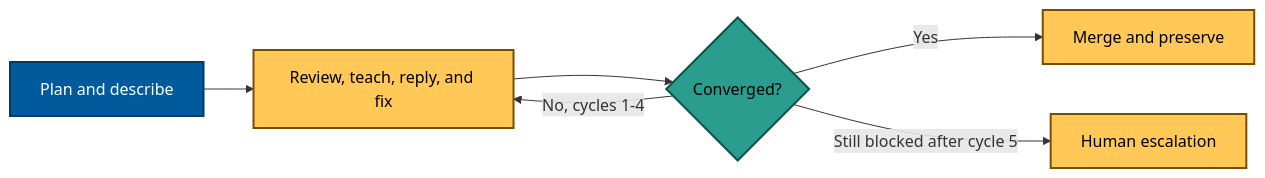
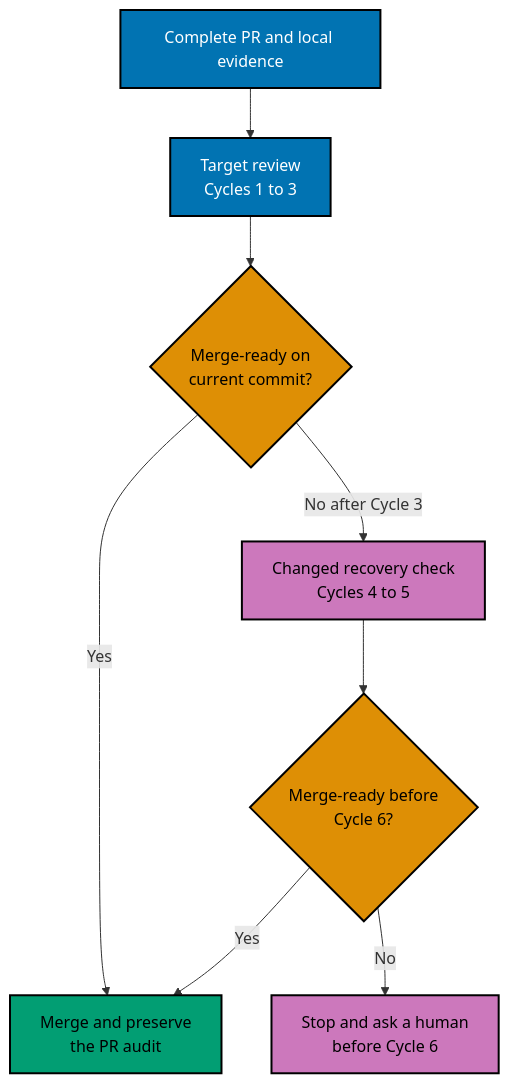
The first of 3 diagrams in plans/in-progress/optimize-pr-process/tech-docs.md (wahidyankf/open-sharia-fintech), drawn with Mermaid before and after one commit. The commit also changed other lines of this file and 3 other files, not shown here.

````diff
--- a/plans/in-progress/optimize-pr-process/tech-docs.md
+++ b/plans/in-progress/optimize-pr-process/tech-docs.md
@@ -11,14 +17,17 @@
 ```mermaid
-flowchart LR
-    P[Plan and describe] --> R[Review, teach, reply, and fix]
-    R --> G{Converged?}
-    G -->|Yes| M[Merge and preserve]
-    G -->|No, cycles 1-4| R
-    G -->|Still blocked after cycle 5| H[Human escalation]
-    classDef source fill:#005A9C,color:#FFFFFF,stroke:#003B66,stroke-width:2px
-    classDef step fill:#FFC857,color:#000000,stroke:#7A4E00,stroke-width:2px
-    classDef decision fill:#2A9D8F,color:#000000,stroke:#0B5345,stroke-width:2px
-    class P source
-    class R,M,H step
-    class G decision
+%% Color Palette: Blue #0173B2, Orange #DE8F05, Teal #029E73, Purple #CC78BC
+flowchart TD
+    accTitle: Bounded pull request review
+    accDescr: The normal target is one to three cycles. Cycles four and five use a changed recovery check. The agent stops before cycle six and asks a human only if still blocked.
+    P["Complete PR and local evidence"]:::blue --> N["Target review<br/>Cycles 1 to 3"]:::blue
+    N --> D{"Merge-ready on<br/>current commit?"}:::orange
+    D -->|Yes| M["Merge and preserve<br/>the PR audit"]:::teal
+    D -->|No after Cycle 3| R["Changed recovery check<br/>Cycles 4 to 5"]:::purple
+    R --> E{"Merge-ready before<br/>Cycle 6?"}:::orange
+    E -->|Yes| M
+    E -->|No| H["Stop and ask a human<br/>before Cycle 6"]:::purple
+    classDef blue fill:#0173B2,stroke:#000000,color:#FFFFFF,stroke-width:2px
+    classDef orange fill:#DE8F05,stroke:#000000,color:#000000,stroke-width:2px
+    classDef teal fill:#029E73,stroke:#000000,color:#000000,stroke-width:2px
+    classDef purple fill:#CC78BC,stroke:#000000,color:#000000,stroke-width:2px
 ```
````
